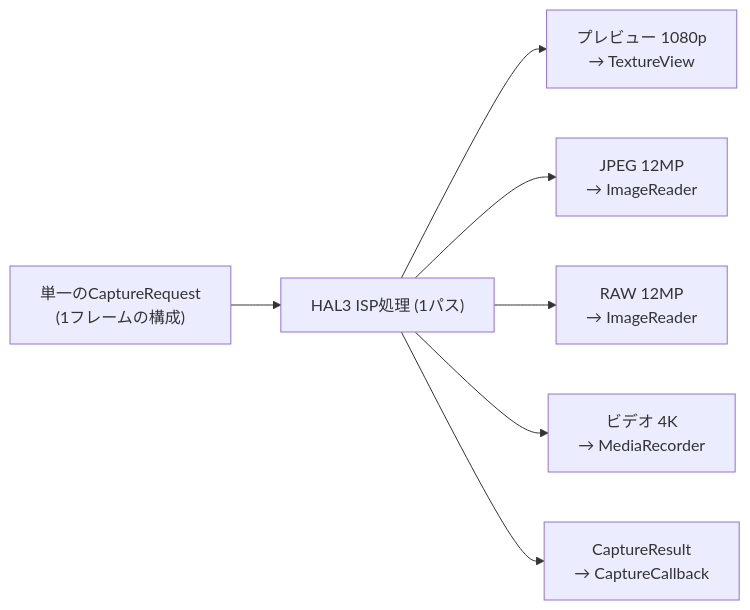
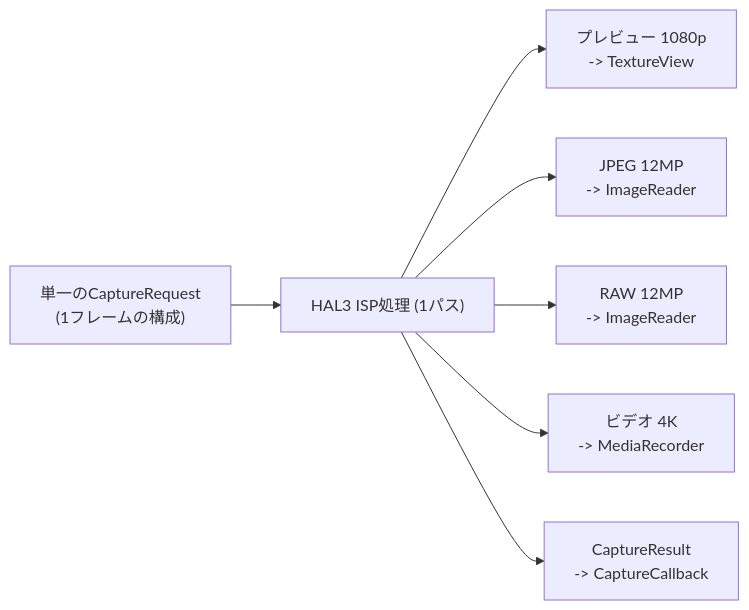
The third of 3 diagrams in website/i18n/ja/docusaurus-plugin-content-docs/current/camera2/the-camera2-pipeline.md (zoozooll/AndroidCameraParameters), drawn with Mermaid before and after one commit. The commit also changed other lines of this file and 77 other files, not shown here.

First line of the commit message:
docs: standardize Mermaid syntax and polish 3A pipeline translations

````diff
--- a/website/i18n/ja/docusaurus-plugin-content-docs/current/camera2/the-camera2-pipeline.md
+++ b/website/i18n/ja/docusaurus-plugin-content-docs/current/camera2/the-camera2-pipeline.md
@@ -331,17 +331,17 @@
 ```mermaid
 flowchart LR
     R["単一のCaptureRequest<br/>(1フレームの構成)"]
     HAL["HAL3 ISP処理 (1パス)"]
-    S1["プレビュー 1080p<br/>→ TextureView"]
-    S2["JPEG 12MP<br/>→ ImageReader"]
-    S3["RAW 12MP<br/>→ ImageReader"]
-    S4["ビデオ 4K<br/>→ MediaRecorder"]
-    RESULT["CaptureResult<br/>→ CaptureCallback"]
+    S1["プレビュー 1080p<br/>-> TextureView"]
+    S2["JPEG 12MP<br/>-> ImageReader"]
+    S3["RAW 12MP<br/>-> ImageReader"]
+    S4["ビデオ 4K<br/>-> MediaRecorder"]
+    RESULT["CaptureResult<br/>-> CaptureCallback"]
 
     R --> HAL
     HAL --> S1
     HAL --> S2
     HAL --> S3
     HAL --> S4
     HAL --> RESULT
 ```
````
